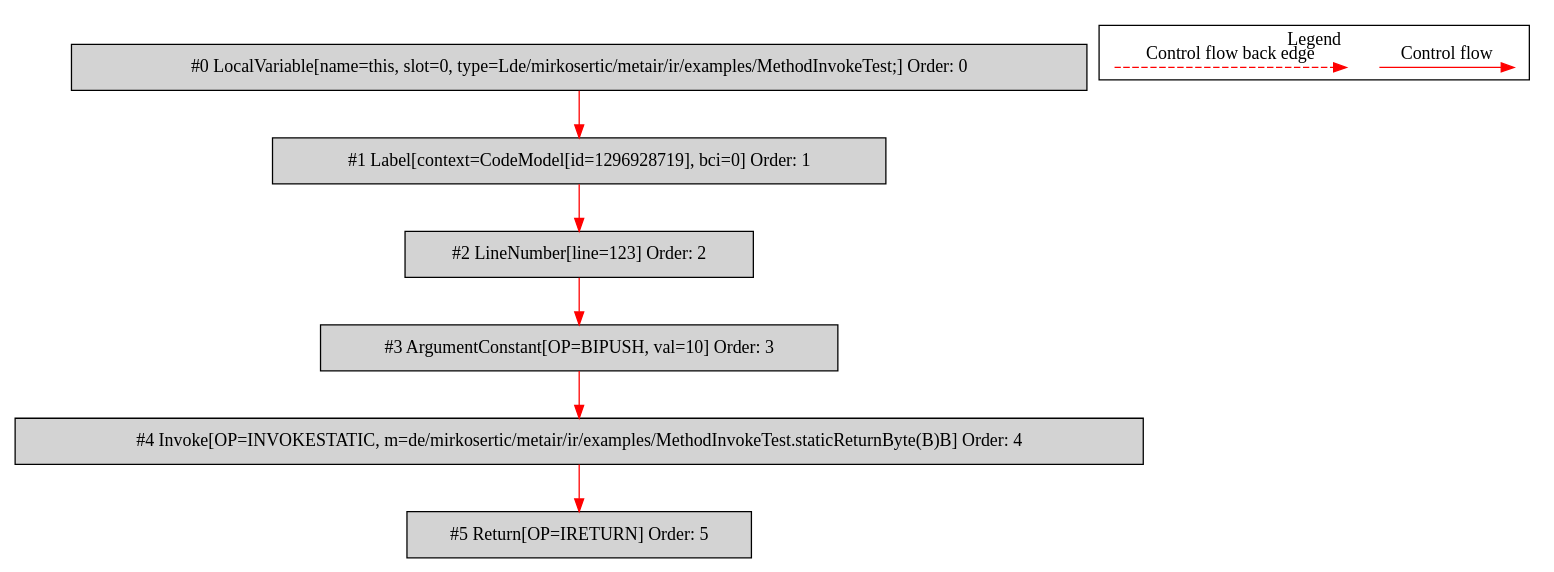
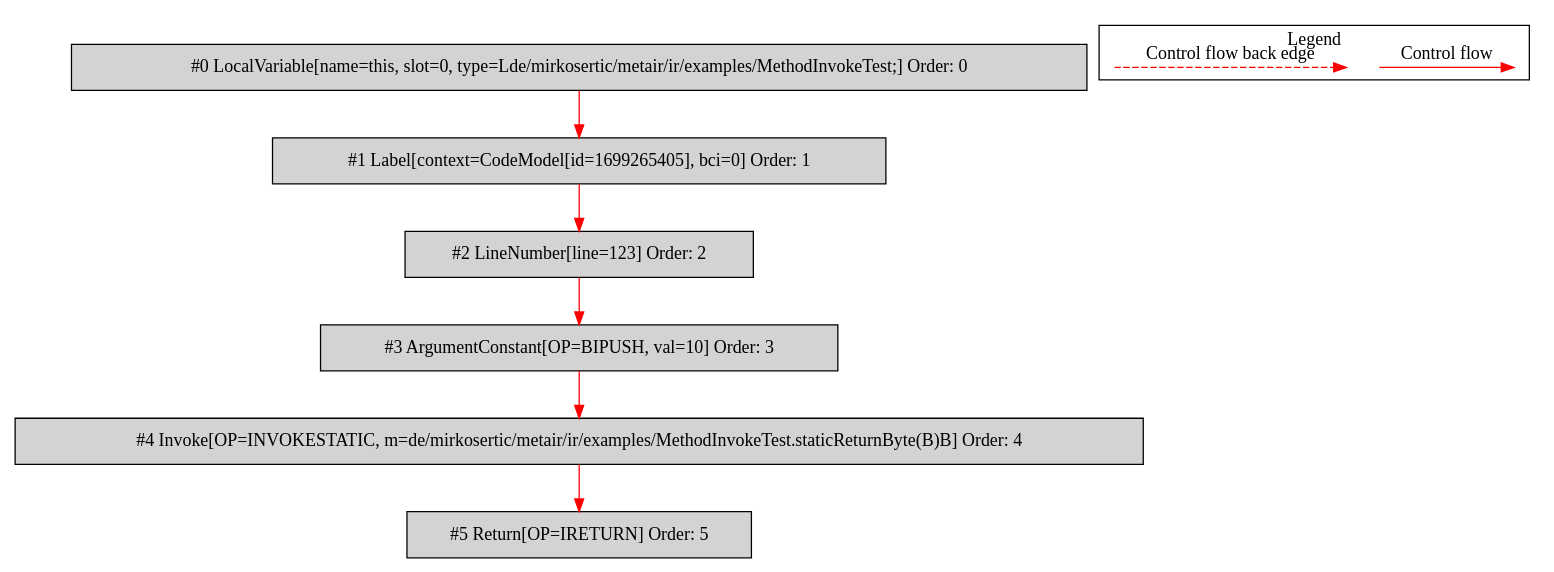
Before and after one commit to mirkosertic/MetaIR: the diagram in de.mirkosertic.metair.ir.examples.MethodInvokeTest/returnByte/bytecodecfg.dot, drawn with Graphviz. The commit also changed 1418 other files, not shown here.

```diff
--- a/de.mirkosertic.metair.ir.examples.MethodInvokeTest/returnByte/bytecodecfg.dot
+++ b/de.mirkosertic.metair.ir.examples.MethodInvokeTest/returnByte/bytecodecfg.dot
@@ -1,28 +1,28 @@
 digraph {
  ordering="in";
  node0[label="#0 LocalVariable[name=this, slot=0, type=Lde/mirkosertic/metair/ir/examples/MethodInvokeTest;] Order: 0", shape=box, fillcolor=lightgrey, style=filled];
- node1[label="#1 Label[context=CodeModel[id=1296928719], bci=0] Order: 1", shape=box, fillcolor=lightgrey, style=filled];
+ node1[label="#1 Label[context=CodeModel[id=1699265405], bci=0] Order: 1", shape=box, fillcolor=lightgrey, style=filled];
  node2[label="#2 LineNumber[line=123] Order: 2", shape=box, fillcolor=lightgrey, style=filled];
  node3[label="#3 ArgumentConstant[OP=BIPUSH, val=10] Order: 3", shape=box, fillcolor=lightgrey, style=filled];
  node4[label="#4 Invoke[OP=INVOKESTATIC, m=de/mirkosertic/metair/ir/examples/MethodInvokeTest.staticReturnByte(B)B] Order: 4", shape=box, fillcolor=lightgrey, style=filled];
  node5[label="#5 Return[OP=IRETURN] Order: 5", shape=box, fillcolor=lightgrey, style=filled];
  node0 -> node1[color=red];
  node1 -> node2[color=red];
  node2 -> node3[color=red];
  node3 -> node4[color=red];
  node4 -> node5[color=red];
  subgraph cluster_000 {
   label = "Legend";
   node [shape=point]
   {
    rank=same;
    c0 [style = invis];
    c1 [style = invis];
    c2 [style = invis];
    c3 [style = invis];
   }
   c0 -> c1 [label="Control flow", style=solid, color=red]
   c2 -> c3 [label="Control flow back edge", style=dashed, color=red]
  }
 
 }
```
